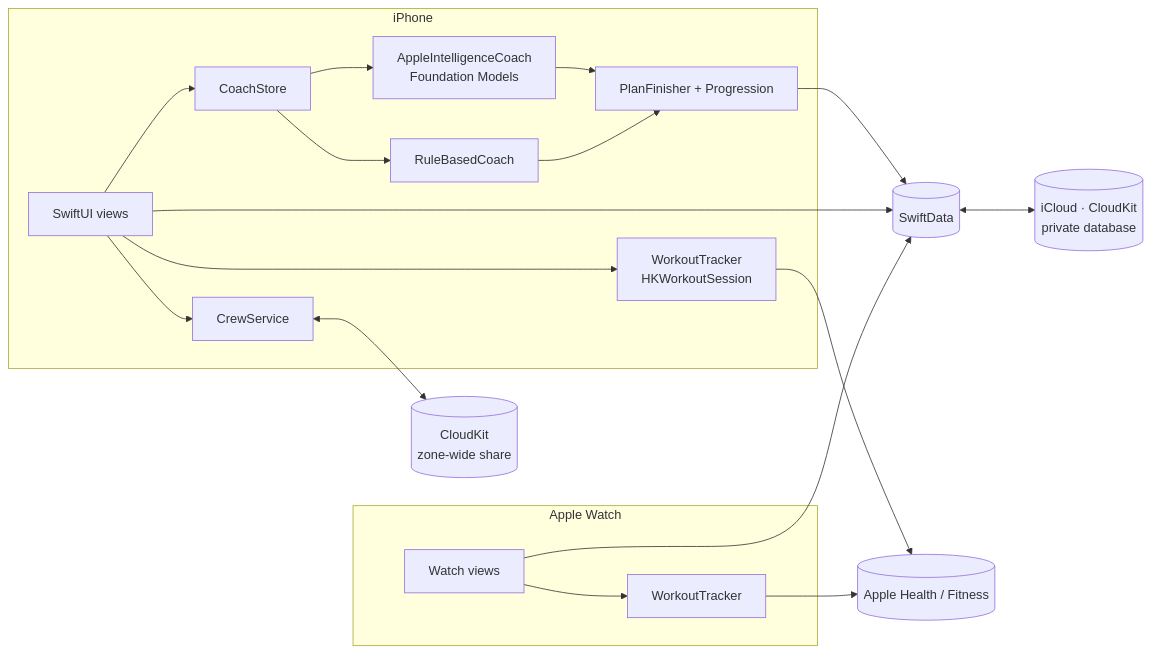
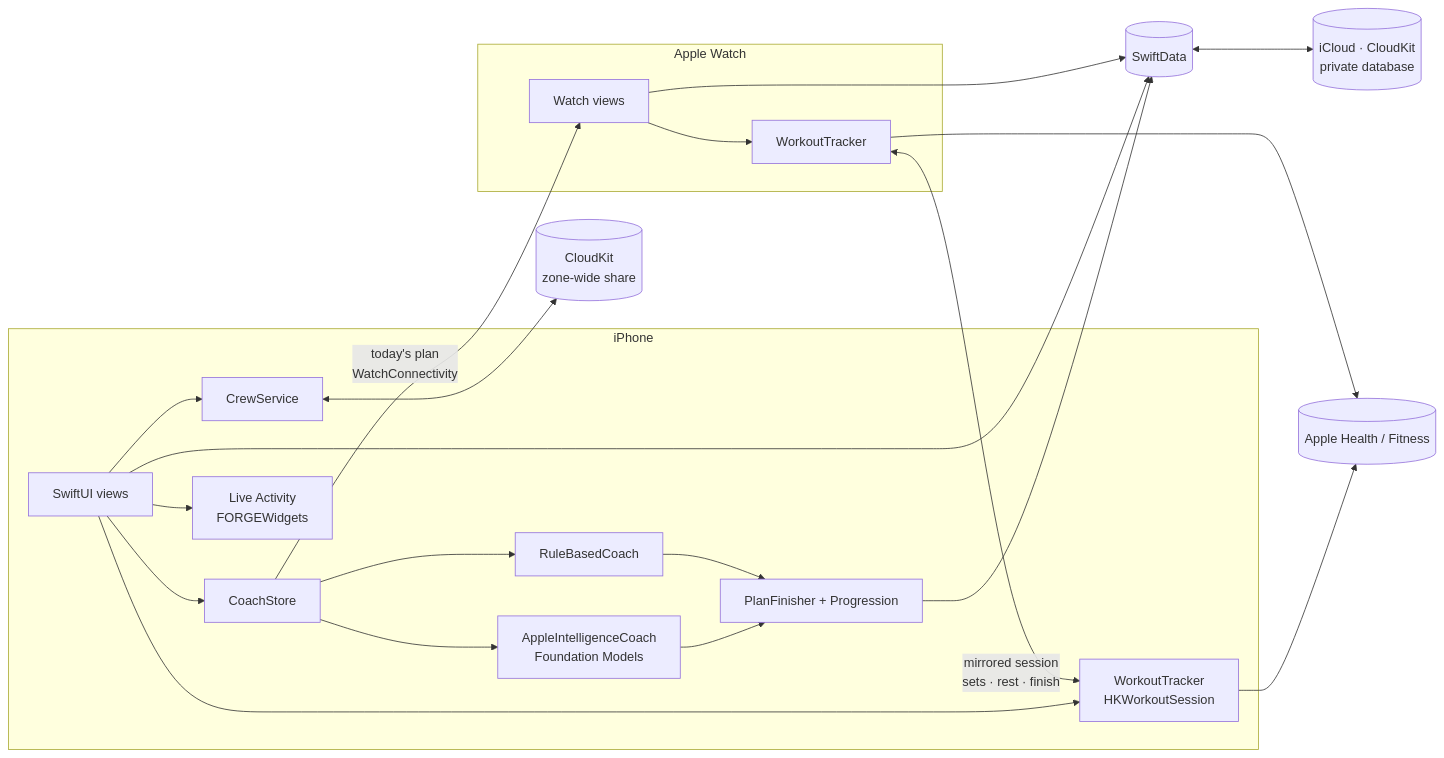
The diagram in README.md (tajshaik24/forge), drawn with Mermaid before and after one commit. The commit also changed other lines of this file and 244 other files, not shown here.

````diff
--- a/README.md
+++ b/README.md
@@ -85,22 +91,25 @@
 ```mermaid
 flowchart LR
   subgraph iPhone
     UI[SwiftUI views] --> Store[CoachStore]
     Store --> AI[AppleIntelligenceCoach<br/>Foundation Models]
     Store --> Rules[RuleBasedCoach]
     AI --> Finisher[PlanFinisher + Progression]
     Rules --> Finisher
     UI --> Tracker[WorkoutTracker<br/>HKWorkoutSession]
     UI --> Crew[CrewService]
+    UI --> Live[Live Activity<br/>FORGEWidgets]
   end
   subgraph Watch[Apple Watch]
     WUI[Watch views] --> WTracker[WorkoutTracker]
   end
+  Store -- today's plan<br/>WatchConnectivity --> WUI
+  WTracker <-- mirrored session<br/>sets · rest · finish --> Tracker
   Finisher --> Data[(SwiftData)]
   UI --> Data
   WUI --> Data
   Data <--> CK[(iCloud · CloudKit<br/>private database)]
   Crew <--> Shared[(CloudKit<br/>zone-wide share)]
   Tracker --> Health[(Apple Health / Fitness)]
   WTracker --> Health
 ```
````
